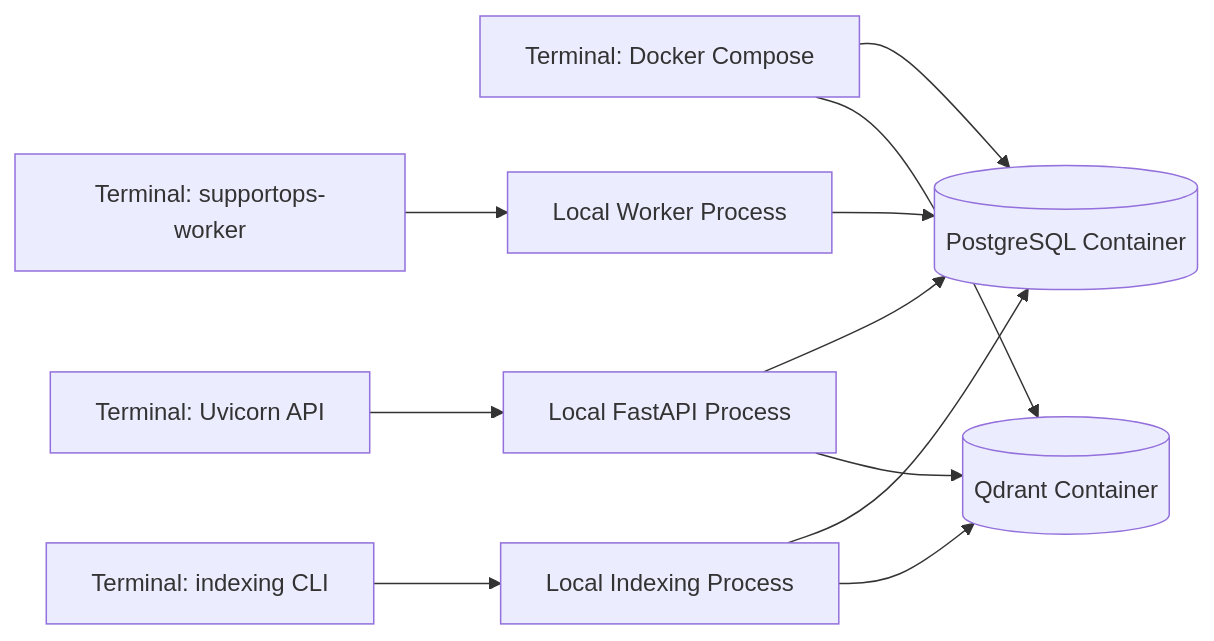
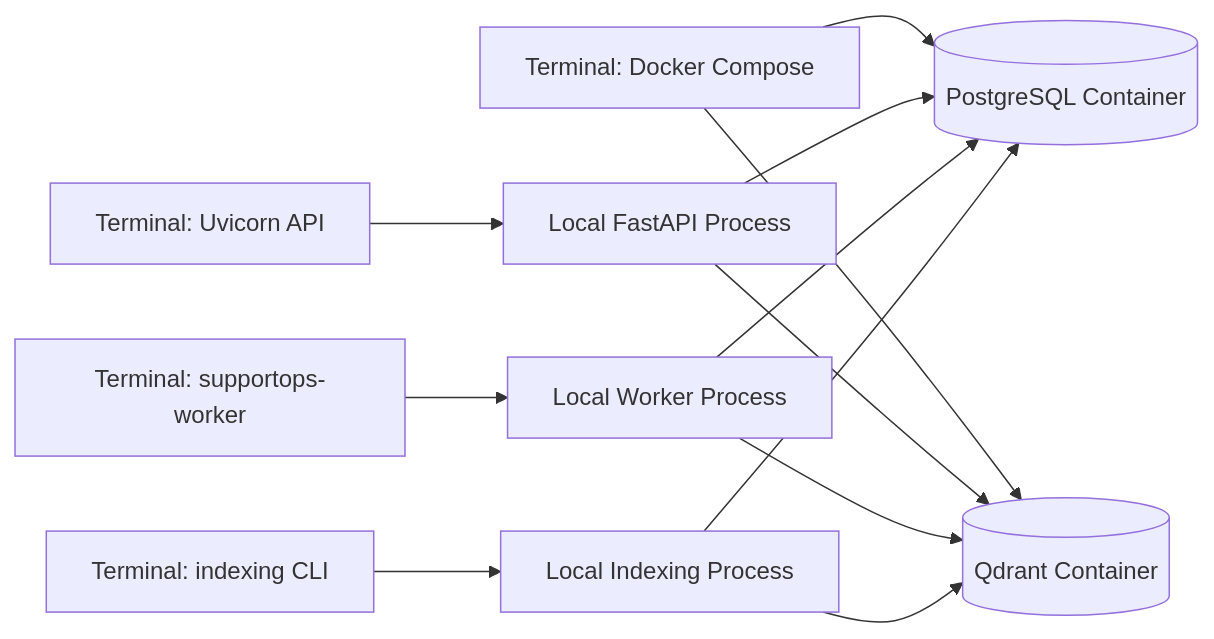
One commit to philgodoy96/supportops-ai-platform changed the fifth of 8 diagrams in docs/architecture/runtime-topology.md. Above: the diagram before and after it, drawn with Mermaid. The commit also changed other lines of this file and 11 other files, not shown here.

````diff
--- a/docs/architecture/runtime-topology.md
+++ b/docs/architecture/runtime-topology.md
@@ -503,23 +527,24 @@
 ```mermaid
 flowchart LR
     TerminalA[Terminal: Docker Compose]
     TerminalB[Terminal: Uvicorn API]
     TerminalC[Terminal: supportops-worker]
     TerminalD[Terminal: indexing CLI]
     PostgreSQL[(PostgreSQL Container)]
     Qdrant[(Qdrant Container)]
     API[Local FastAPI Process]
     Worker[Local Worker Process]
     Indexing[Local Indexing Process]
 
     TerminalA --> PostgreSQL
     TerminalA --> Qdrant
     TerminalB --> API
     TerminalC --> Worker
     TerminalD --> Indexing
     API --> PostgreSQL
     API --> Qdrant
     Worker --> PostgreSQL
+    Worker --> Qdrant
     Indexing --> PostgreSQL
     Indexing --> Qdrant
 ```
````
